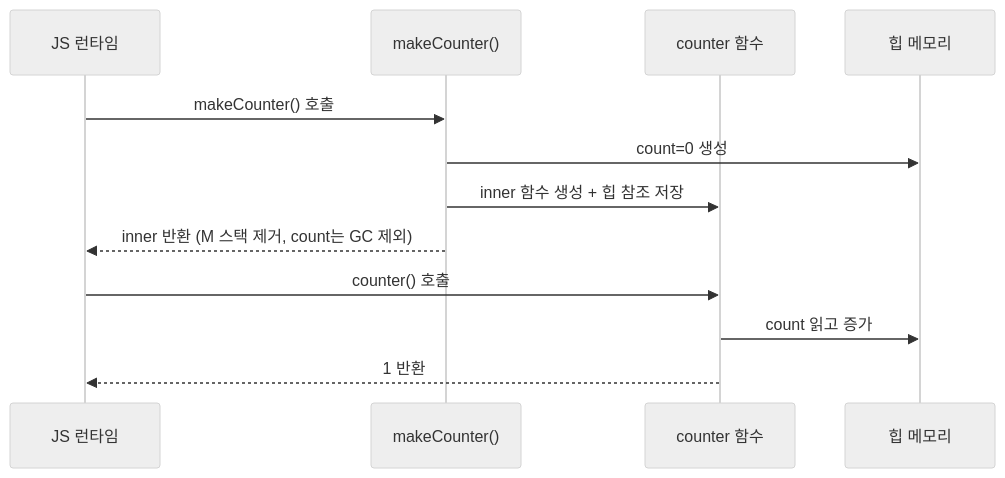
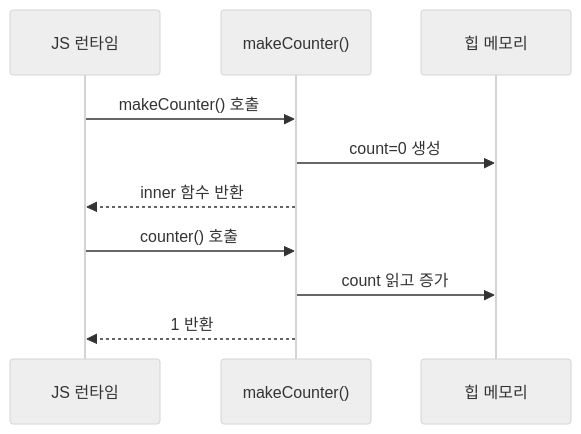
One commit to yjkim2015/yjkim2015.github.io changed the third of 8 diagrams in _posts/frontend/2026-05-02-js-closure.md. Above: the diagram before and after it, drawn with Mermaid (neutral theme). The commit also changed other lines of this file and 155 other files, not shown here.

First line of the commit message:
Mermaid 전면 수정: subgraph 제거, participant/노드/줄수 축소 (342블록)

````diff
--- a/_posts/frontend/2026-05-02-js-closure.md
+++ b/_posts/frontend/2026-05-02-js-closure.md
@@ -106,14 +106,12 @@
 ```mermaid
 sequenceDiagram
     participant R as JS 런타임
     participant M as makeCounter()
-    participant C as counter 함수
     participant H as 힙 메모리
     R->>M: makeCounter() 호출
     M->>H: count=0 생성
-    M->>C: inner 함수 생성 + 힙 참조 저장
-    M-->>R: inner 반환 (M 스택 제거, count는 GC 제외)
-    R->>C: counter() 호출
-    C->>H: count 읽고 증가
-    C-->>R: 1 반환
+    M-->>R: inner 함수 반환
+    R->>M: counter() 호출
+    M->>H: count 읽고 증가
+    M-->>R: 1 반환
 ```
````
